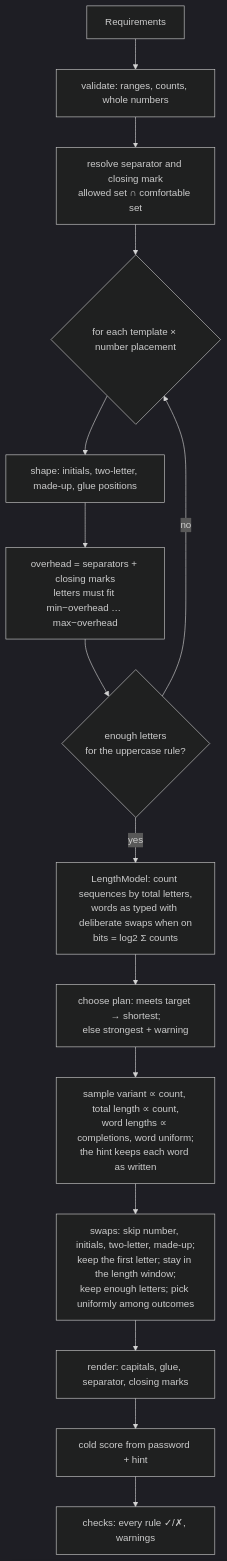
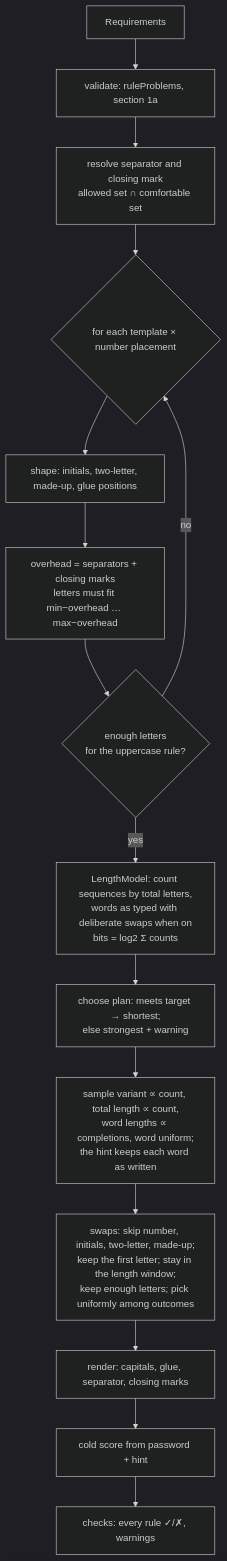
The first of 3 diagrams in docs/algorithm-flow.md (SalientForm/elegant-password), drawn with Mermaid (dark theme) before and after one commit. The commit also changed other lines of this file and 4 other files, not shown here.

````diff
--- a/docs/algorithm-flow.md
+++ b/docs/algorithm-flow.md
@@ -35,17 +56,17 @@
 ```mermaid
 flowchart TD
-  A[Requirements] --> B[validate: ranges, counts, whole numbers]
+  A[Requirements] --> B[validate: ruleProblems, section 1a]
   B --> C[resolve separator and closing mark\nallowed set ∩ comfortable set]
   C --> D{for each template × number placement}
   D --> E[shape: initials, two-letter, made-up, glue positions]
   E --> F[overhead = separators + closing marks\nletters must fit min−overhead … max−overhead]
   F --> G{enough letters\nfor the uppercase rule?}
   G -- no --> D
   G -- yes --> H[LengthModel: count sequences by total letters,\nwords as typed with deliberate swaps when on\nbits = log2 Σ counts]
   H --> I[choose plan: meets target → shortest;\nelse strongest + warning]
   I --> J[sample variant ∝ count, total length ∝ count,\nword lengths ∝ completions, word uniform;\nthe hint keeps each word as written]
   J --> K[swaps: skip number, initials, two-letter, made-up;\nkeep the first letter; stay in the length window;\nkeep enough letters; pick uniformly among outcomes]
   K --> L[render: capitals, glue, separator, closing marks]
   L --> M[cold score from password + hint]
   M --> N[checks: every rule ✓/✗, warnings]
 ```
````
